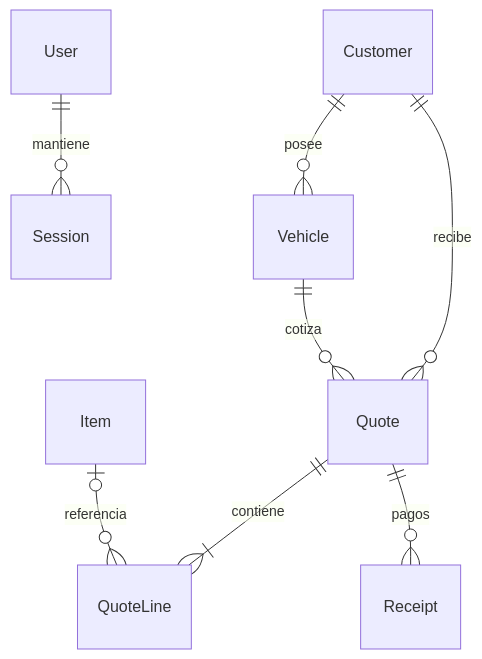
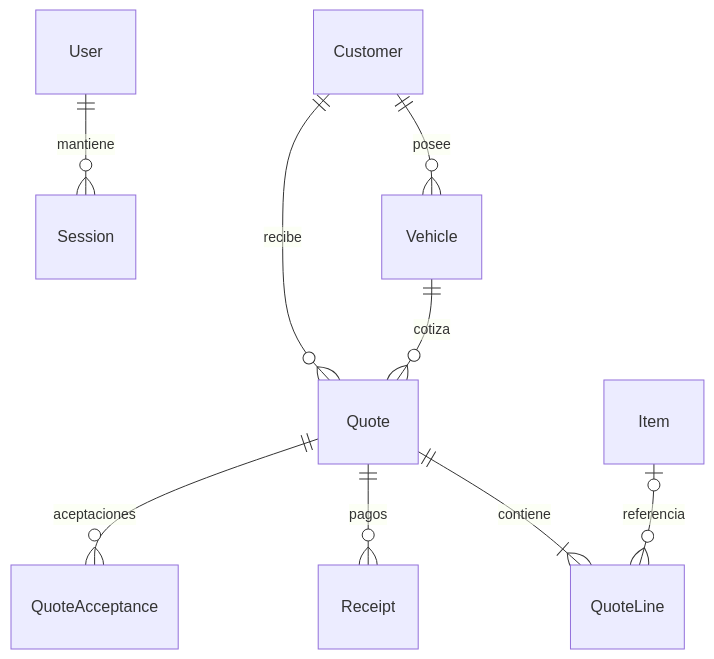
One commit to Mako9162/dimension changed the diagram in README.md. Above: the diagram before and after it, drawn with Mermaid. The commit also changed other lines of this file and 21 other files, not shown here.

````diff
--- a/README.md
+++ b/README.md
@@ -97,10 +97,11 @@
 ```mermaid
 erDiagram
     User ||--o{ Session : mantiene
     Customer ||--o{ Vehicle : posee
     Customer ||--o{ Quote : recibe
     Vehicle ||--o{ Quote : cotiza
     Quote ||--|{ QuoteLine : contiene
     Item o|--o{ QuoteLine : referencia
     Quote ||--o{ Receipt : pagos
+    Quote ||--o{ QuoteAcceptance : aceptaciones
 ```
````
